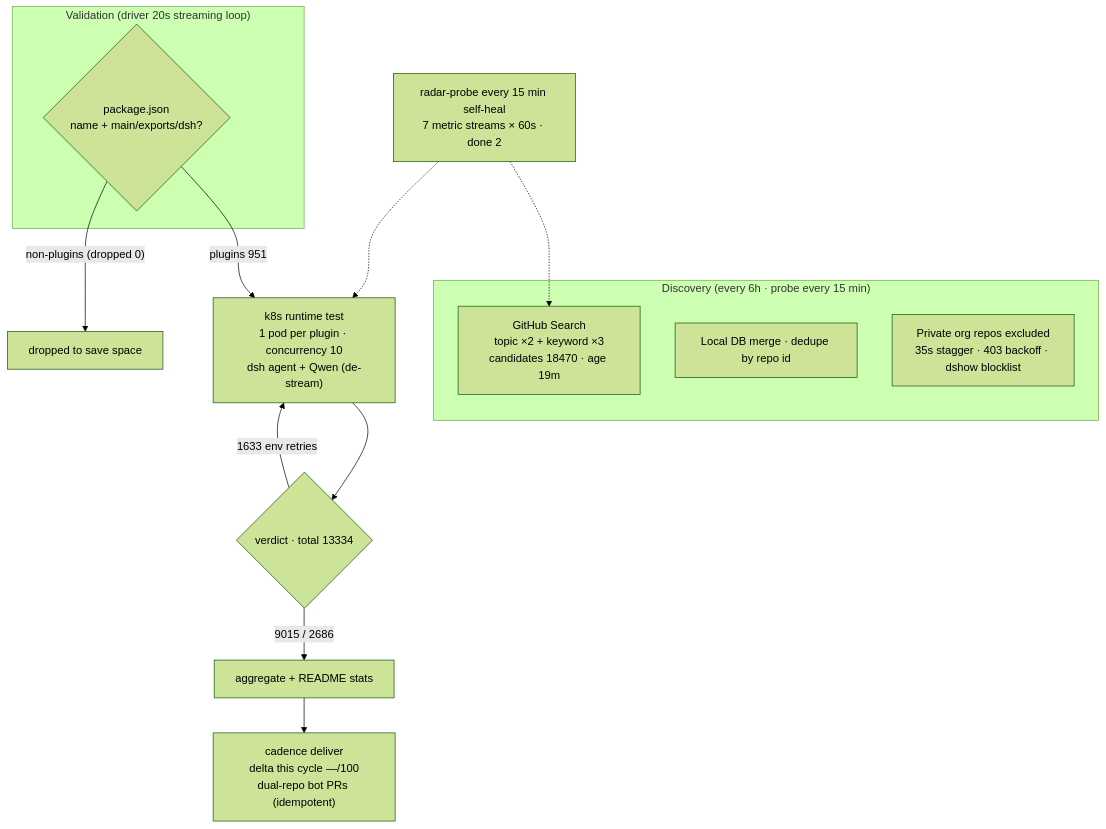
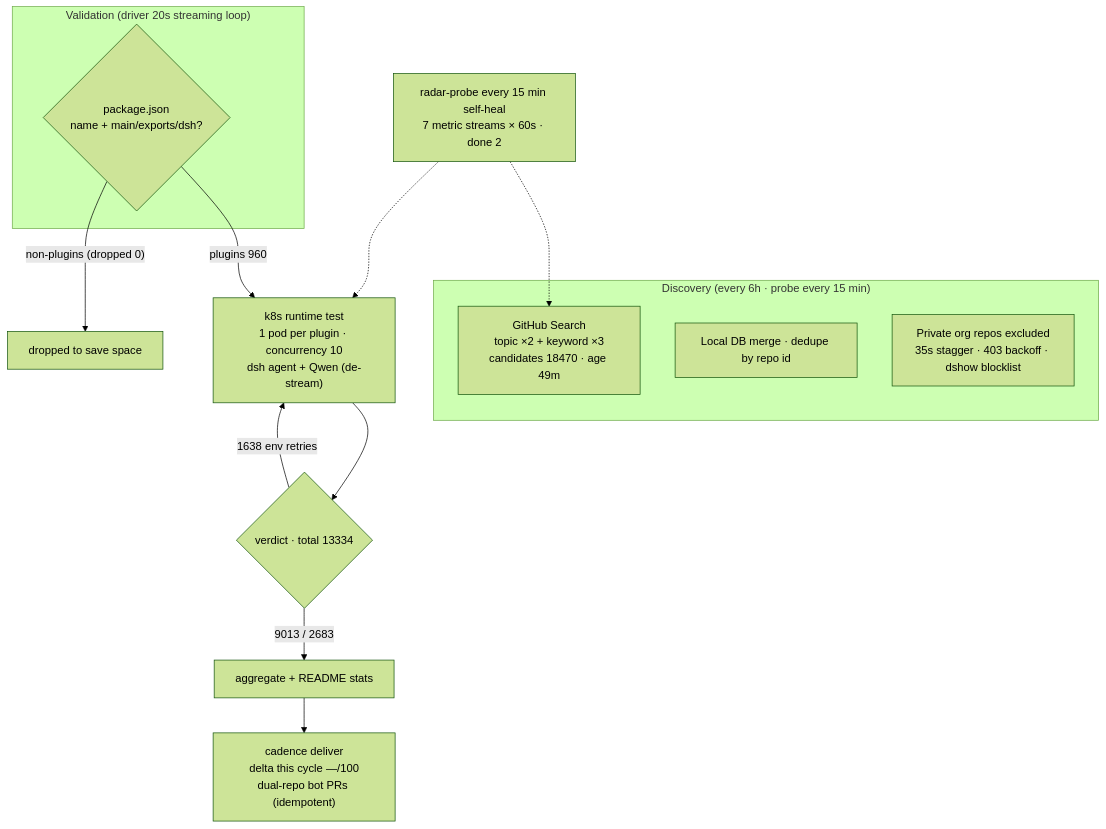
One commit to AdamPlatin123/awesome-dsh-plugins changed the diagram in README.en-US.md. Above: the diagram before and after it, drawn with Mermaid (forest theme). The commit also changed other lines of this file and 8 other files, not shown here.

````diff
--- a/README.en-US.md
+++ b/README.en-US.md
@@ -45,20 +45,20 @@
 ```mermaid
 flowchart TB
     subgraph Discovery["Discovery (every 6h · probe every 15 min)"]
-        A1["GitHub Search<br/>topic ×2 + keyword ×3<br/>candidates 18470 · age 19m"]
+        A1["GitHub Search<br/>topic ×2 + keyword ×3<br/>candidates 18470 · age 49m"]
         A2["Local DB merge · dedupe by repo id"]
         A3["Private org repos excluded<br/>35s stagger · 403 backoff · dshow blocklist"]
     end
     subgraph Validation["Validation (driver 20s streaming loop)"]
         B1{"package.json<br/>name + main/exports/dsh?"}
     end
-    B1 -->|"plugins 951"| C1["k8s runtime test<br/>1 pod per plugin · concurrency 10<br/>dsh agent + Qwen (de-stream)"]
+    B1 -->|"plugins 960"| C1["k8s runtime test<br/>1 pod per plugin · concurrency 10<br/>dsh agent + Qwen (de-stream)"]
     B1 -->|"non-plugins (dropped 0)"| B3["dropped to save space"]
     C1 --> D1{"verdict · total 13334"}
-    D1 -->|"9015 / 2686"| E1["aggregate + README stats"]
-    D1 -->|"1633 env retries"| C1
+    D1 -->|"9013 / 2683"| E1["aggregate + README stats"]
+    D1 -->|"1638 env retries"| C1
     E1 --> E2["cadence deliver<br/>delta this cycle —/100<br/>dual-repo bot PRs (idempotent)"]
     M["radar-probe every 15 min self-heal<br/>7 metric streams × 60s · done 2"]
     M -.-> A1
     M -.-> C1
 ```
````
